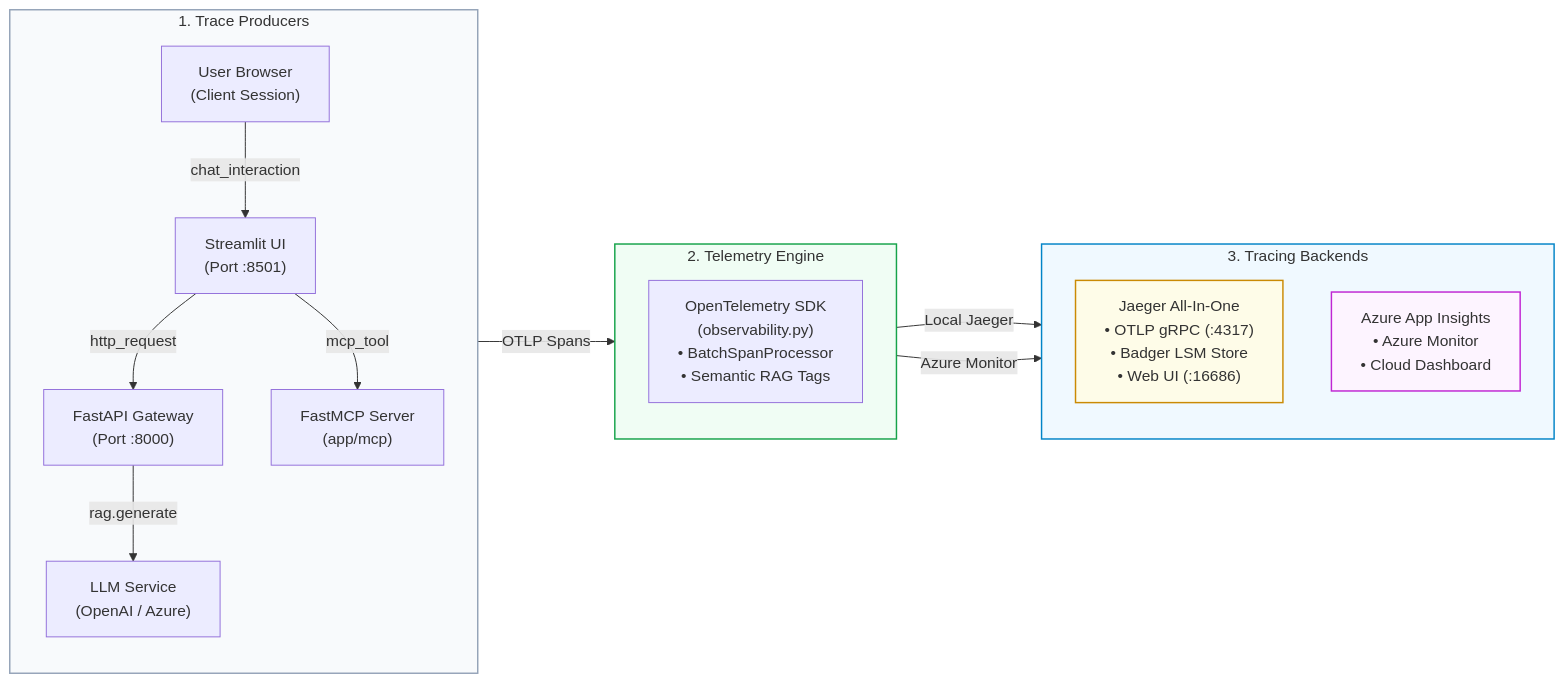
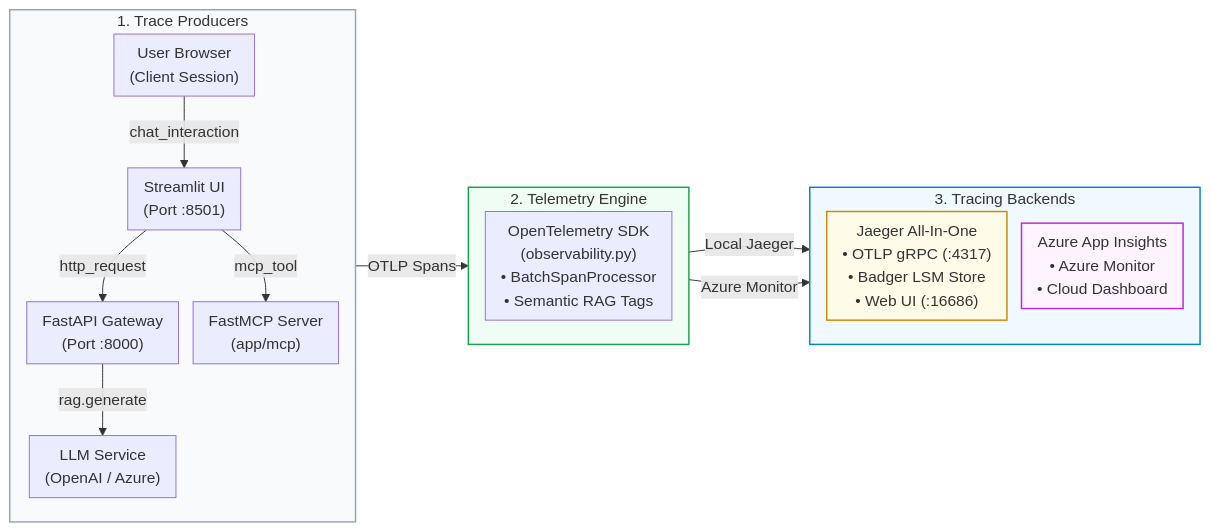
One commit to Kenono2000/enterprise-rag-pgvector-rbac changed the sixth of 9 diagrams in README.md. Above: the diagram before and after it, drawn with Mermaid. The commit also changed other lines of this file, not shown here.

````diff
--- a/README.md
+++ b/README.md
@@ -370,37 +220,28 @@
 ```mermaid
+%%{init: {'flowchart': {'nodeSpacing': 15, 'rankSpacing': 25, 'padding': 8}}}%%
 flowchart LR
     subgraph Sources ["1. Trace Producers"]
         direction TB
-        Browser["User Browser<br/>(Client Session)"]
-        UI["Streamlit UI<br/>(Port :8501)"]
-        API["FastAPI Gateway<br/>(Port :8000)"]
-        MCP["FastMCP Server<br/>(app/mcp)"]
-        LLM["LLM Service<br/>(OpenAI / Azure)"]
-
-        Browser -->|chat_interaction| UI
-        UI -->|http_request| API
-        UI -->|mcp_tool| MCP
-        API -->|rag.generate| LLM
+        Browser["User Browser<br/>(Client Session)"] -->|chat_interaction| UI["Streamlit UI<br/>(Port :8501)"]
+        UI -->|http_request| API["FastAPI Gateway<br/>(Port :8000)"]
+        UI -->|mcp_tool| MCP["FastMCP Server<br/>(app/mcp)"]
+        API -->|rag.generate| LLM["LLM Service<br/>(OpenAI / Azure)"]
     end
-
     subgraph Core ["2. Telemetry Engine"]
         direction TB
         OTel["OpenTelemetry SDK<br/>(observability.py)<br/>• BatchSpanProcessor<br/>• Semantic RAG Tags"]
     end
-
     subgraph Sinks ["3. Tracing Backends"]
         direction TB
         Jaeger["Jaeger All-In-One<br/>• OTLP gRPC (:4317)<br/>• Badger LSM Store<br/>• Web UI (:16686)"]
         AppInsights["Azure App Insights<br/>• Azure Monitor<br/>• Cloud Dashboard"]
     end
-
     Sources -->|OTLP Spans| Core
     Core -->|Local Jaeger| Jaeger
     Core -->|Azure Monitor| AppInsights
-
     style Sources fill:#f8fafc,stroke:#94a3b8,stroke-width:1.5px
     style Core fill:#f0fdf4,stroke:#16a34a,stroke-width:1.5px
     style Sinks fill:#f0f9ff,stroke:#0284c7,stroke-width:1.5px
     style Jaeger fill:#fefce8,stroke:#ca8a04,stroke-width:1.5px
     style AppInsights fill:#fdf4ff,stroke:#c026d3,stroke-width:1.5px
 ```
````
